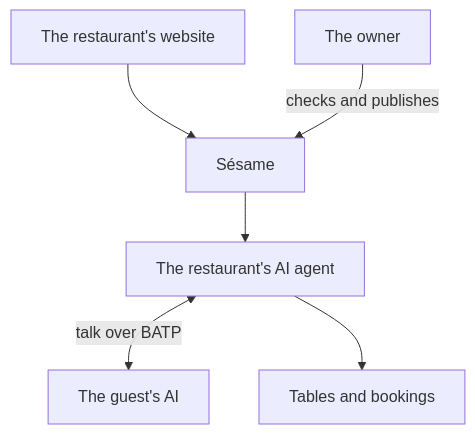
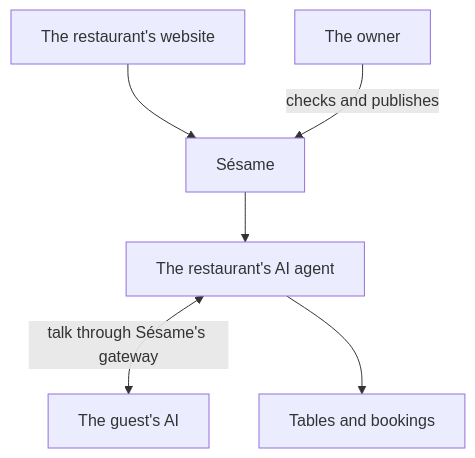
One commit to MaxEntz/BaselHack2026 changed the diagram in readme.md. Above: the diagram before and after it, drawn with Mermaid. The commit also changed other lines of this file and 1 other file, not shown here.

Commit message:
docs: Antoine in the license, and the README's diagram shows the gateway (#277)
Claude reaches the restaurant's agent through our gateway: only an agent that speaks BATP itself,
like the one in make guest, reaches it directly. From the review of #278 and #279.

````diff
--- a/readme.md
+++ b/readme.md
@@ -52,8 +52,8 @@
 ```mermaid
 flowchart TD
     Site["The restaurant's website"] --> Sesame["Sésame"]
     Owner["The owner"] -- "checks and publishes" --> Sesame
     Sesame --> Agent["The restaurant's AI agent"]
-    Agent <-- "talk over BATP" --> AI["The guest's AI"]
+    Agent <-- "talk through Sésame's gateway" --> AI["The guest's AI"]
     Agent --> Bookings["Tables and bookings"]
 ```
````
